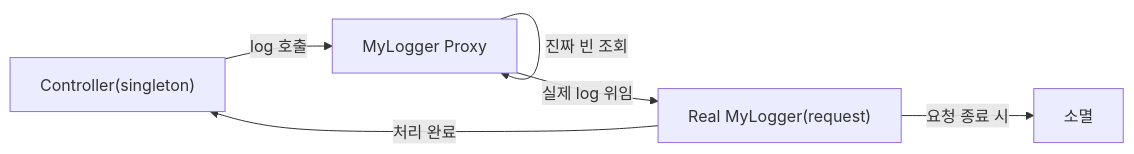
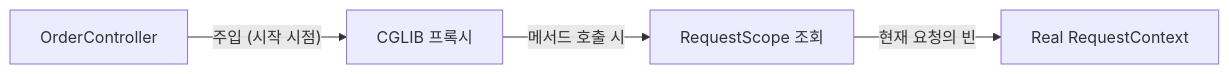
The seventh of 8 diagrams in _posts/spring/2026-05-02-spring-core-basic.md (yjkim2015/yjkim2015.github.io), drawn with Mermaid before and after one commit. The commit also changed other lines of this file and 4 other files, not shown here.

````diff
--- a/_posts/spring/2026-05-02-spring-core-basic.md
+++ b/_posts/spring/2026-05-02-spring-core-basic.md
@@ -582,8 +937,6 @@
 ```mermaid
 graph LR
-    C["Controller(singleton)"] -->|"log 호출"| P["MyLogger Proxy"]
-    P -->|"진짜 빈 조회"| P
-    P -->|"실제 log 위임"| R["Real MyLogger(request)"]
-    R -->|"처리 완료"| C
-    R -->|"요청 종료 시"| DEST["소멸"]
+    A["OrderController"] -->|"주입 (시작 시점)"| B["CGLIB 프록시"]
+    B -->|"메서드 호출 시"| C["RequestScope 조회"]
+    C -->|"현재 요청의 빈"| D["Real RequestContext"]
 ```
````
